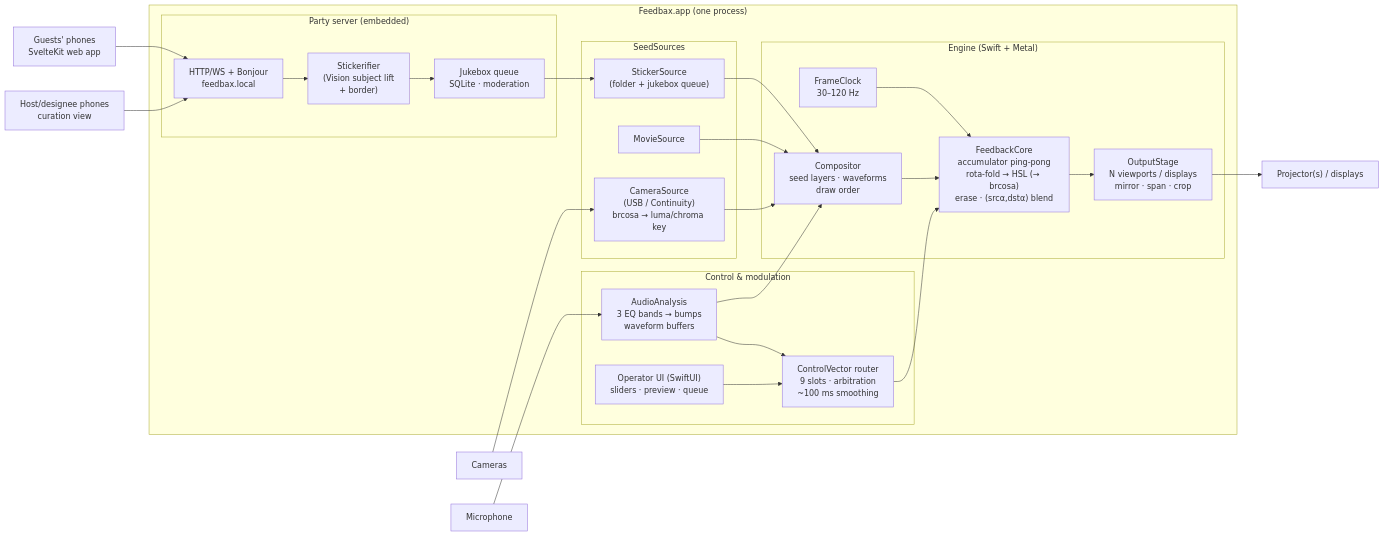
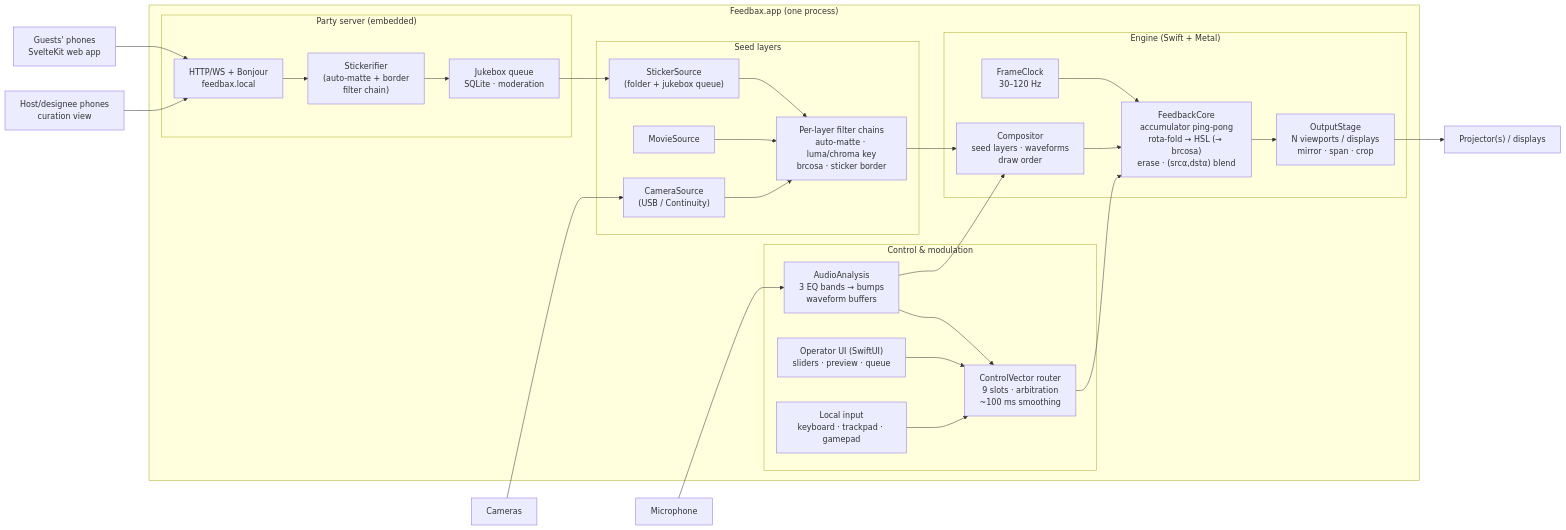
Before and after one commit to mindlace/feedbax: the first of 2 diagrams in docs/superpowers/specs/2026-08-23-feedbax-reimplementation-design.md, drawn with Mermaid. The commit also changed other lines of this file, not shown here.

First line of the commit message:
docs: add per-layer filter chains and baseline local input to reimplementation design

````diff
--- a/docs/superpowers/specs/2026-08-23-feedbax-reimplementation-design.md
+++ b/docs/superpowers/specs/2026-08-23-feedbax-reimplementation-design.md
@@ -105,32 +111,34 @@
 ```mermaid
 flowchart LR
   subgraph app["Feedbax.app (one process)"]
     subgraph engine["Engine (Swift + Metal)"]
       clock["FrameClock\n30–120 Hz"] --> core
       core["FeedbackCore\naccumulator ping-pong\nrota-fold → HSL (→ brcosa)\nerase · (srcα,dstα) blend"]
       comp["Compositor\nseed layers · waveforms\ndraw order"] --> core
       core --> out["OutputStage\nN viewports / displays\nmirror · span · crop"]
     end
-    subgraph sources["SeedSources"]
-      stick["StickerSource\n(folder + jukebox queue)"] --> comp
-      movie["MovieSource"] --> comp
-      cam["CameraSource\n(USB / Continuity)\nbrcosa → luma/chroma key"] --> comp
+    subgraph sources["Seed layers"]
+      stick["StickerSource\n(folder + jukebox queue)"] --> filt
+      movie["MovieSource"] --> filt
+      cam["CameraSource\n(USB / Continuity)"] --> filt
+      filt["Per-layer filter chains\nauto-matte · luma/chroma key\nbrcosa · sticker border"] --> comp
     end
     subgraph control["Control & modulation"]
       cv["ControlVector router\n9 slots · arbitration\n~100 ms smoothing"] --> core
       audio["AudioAnalysis\n3 EQ bands → bumps\nwaveform buffers"] --> comp
       audio --> cv
       opui["Operator UI (SwiftUI)\nsliders · preview · queue"] --> cv
+      local["Local input\nkeyboard · trackpad · gamepad"] --> cv
     end
     subgraph party["Party server (embedded)"]
-      http["HTTP/WS + Bonjour\nfeedbax.local"] --> stickify["Stickerifier\n(Vision subject lift\n+ border)"]
+      http["HTTP/WS + Bonjour\nfeedbax.local"] --> stickify["Stickerifier\n(auto-matte + border\nfilter chain)"]
       stickify --> queue["Jukebox queue\nSQLite · moderation"]
       queue --> stick
     end
   end
   phones["Guests' phones\nSvelteKit web app"] --> http
   curator["Host/designee phones\ncuration view"] --> http
   micln["Microphone"] --> audio
   cams["Cameras"] --> cam
   out --> proj["Projector(s) / displays"]
 ```
````
